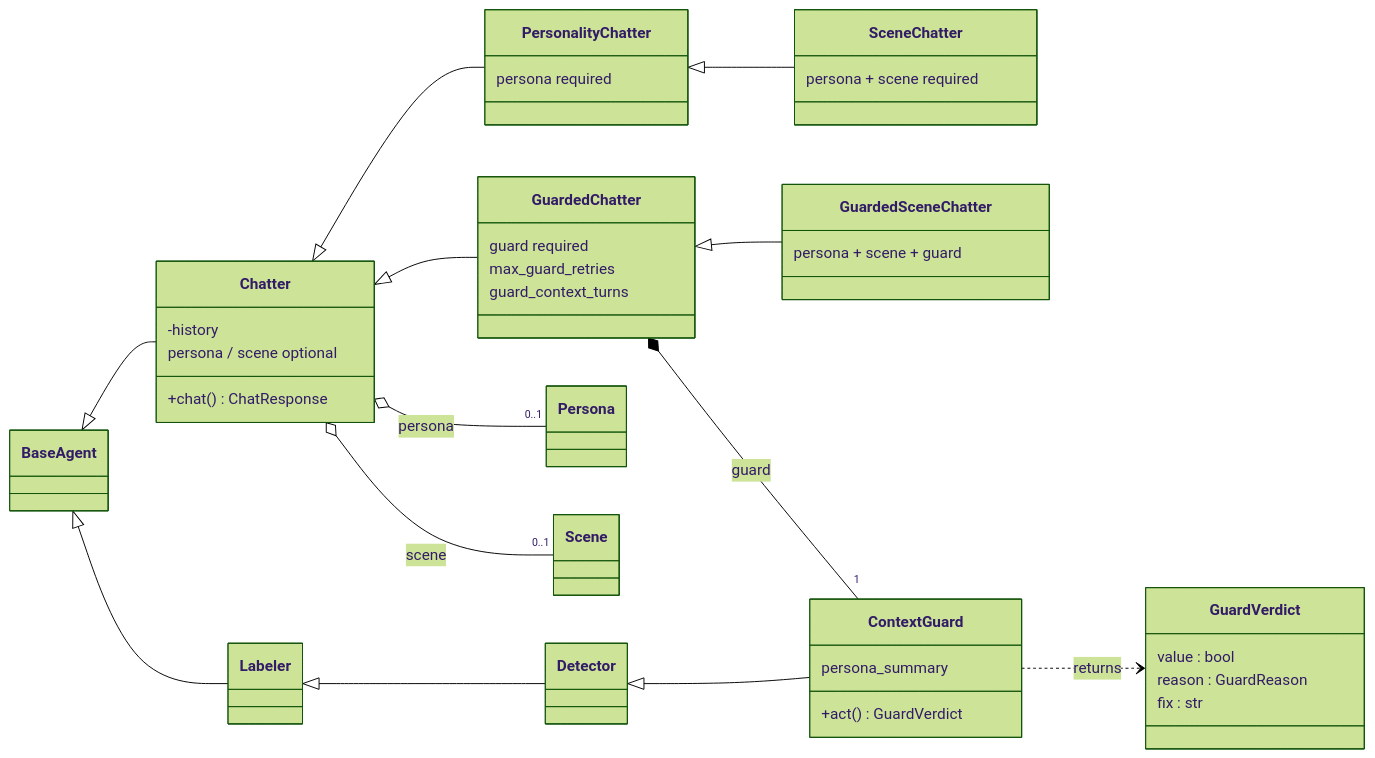
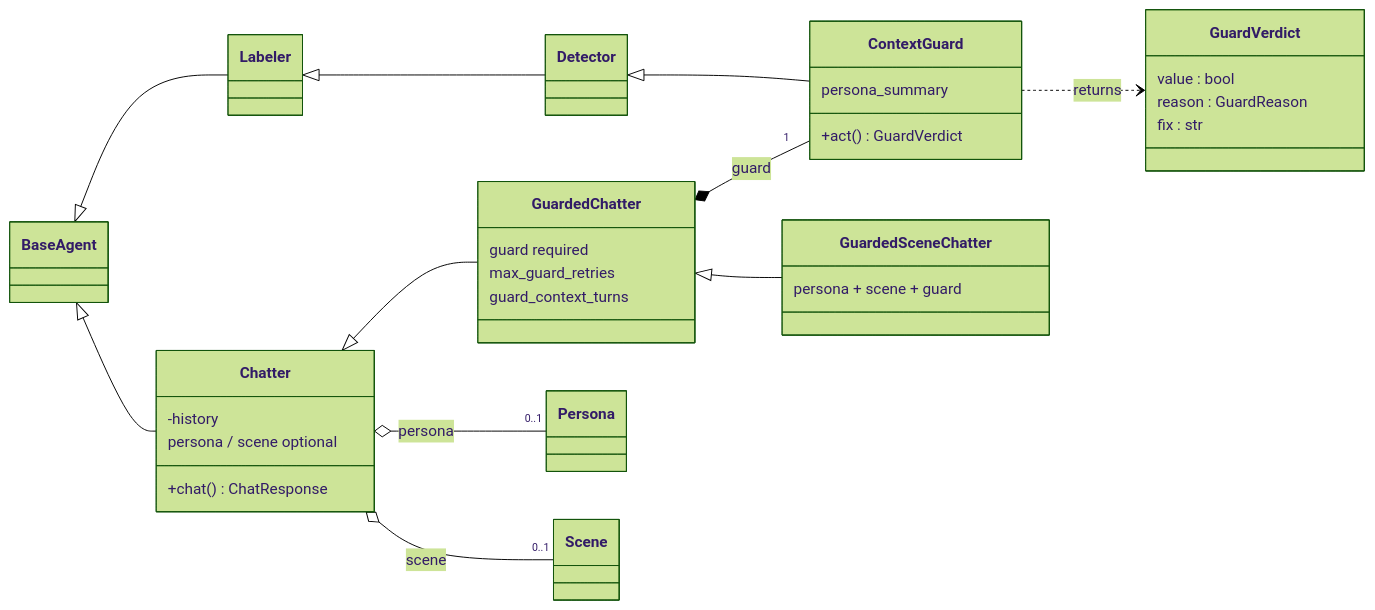
One commit to carlospinto4p/agents7 changed the diagram in docs/chatter.md. Above: the diagram before and after it, drawn with Mermaid (forest theme). The commit also changed other lines of this file and 19 other files, not shown here.

Commit message:
feat!: remove PersonalityChatter/SceneChatter; persona+scene are Chatter plugins (v4.0.0)

````diff
--- a/docs/chatter.md
+++ b/docs/chatter.md
@@ -8,48 +8,40 @@
 ```mermaid
 classDiagram
     direction LR
 
     BaseAgent <|-- Chatter
     BaseAgent <|-- Labeler
     Labeler <|-- Detector
     Detector <|-- ContextGuard
 
-    Chatter <|-- PersonalityChatter
-    PersonalityChatter <|-- SceneChatter
     Chatter <|-- GuardedChatter
     GuardedChatter <|-- GuardedSceneChatter
 
     Chatter o-- "0..1" Persona : persona
     Chatter o-- "0..1" Scene : scene
     GuardedChatter *-- "1" ContextGuard : guard
     ContextGuard ..> GuardVerdict : returns
 
     class Chatter {
       +chat() ChatResponse
       -history
       persona / scene optional
-    }
-    class PersonalityChatter {
-      persona required
-    }
-    class SceneChatter {
-      persona + scene required
     }
     class GuardedChatter {
       guard required
       max_guard_retries
       guard_context_turns
     }
     class GuardedSceneChatter {
       persona + scene + guard
     }
     class ContextGuard {
       persona_summary
       +act() GuardVerdict
     }
     class GuardVerdict {
       value : bool
       reason : GuardReason
       fix : str
     }
 ```
````
